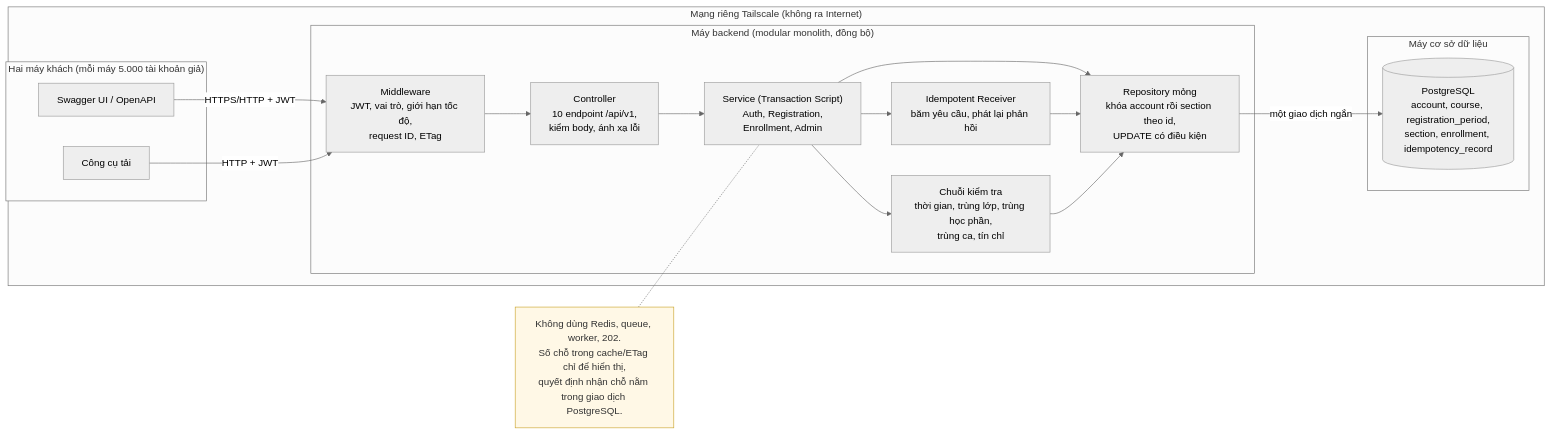
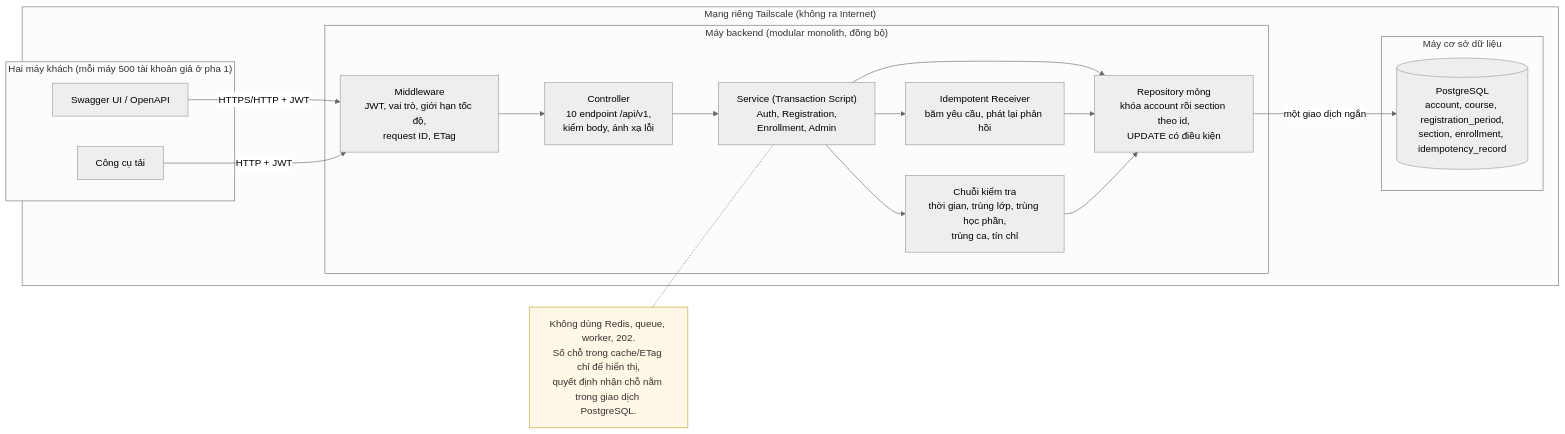
One commit to KidouNguyen25/VNU-dangkyhocphan-premium changed the diagram in docs/diagrams/kien-truc.mmd. Above: the diagram before and after it, drawn with Mermaid (neutral theme). The commit also changed 5 other files, not shown here.

```diff
--- a/docs/diagrams/kien-truc.mmd
+++ b/docs/diagrams/kien-truc.mmd
@@ -1,34 +1,34 @@
 flowchart LR
     subgraph TS["Mạng riêng Tailscale (không ra Internet)"]
-        subgraph CL["Hai máy khách (mỗi máy 5.000 tài khoản giả)"]
+        subgraph CL["Hai máy khách (mỗi máy 500 tài khoản giả ở pha 1)"]
             SW["Swagger UI / OpenAPI"]
             LT["Công cụ tải"]
         end
 
         subgraph BE["Máy backend (modular monolith, đồng bộ)"]
             MW["Middleware<br/>JWT, vai trò, giới hạn tốc độ,<br/>request ID, ETag"]
             CT["Controller<br/>10 endpoint /api/v1,<br/>kiểm body, ánh xạ lỗi"]
             SV["Service (Transaction Script)<br/>Auth, Registration,<br/>Enrollment, Admin"]
             VL["Chuỗi kiểm tra<br/>thời gian, trùng lớp, trùng học phần,<br/>trùng ca, tín chỉ"]
             RP["Repository mỏng<br/>khóa account rồi section theo id,<br/>UPDATE có điều kiện"]
             ID["Idempotent Receiver<br/>băm yêu cầu, phát lại phản hồi"]
         end
 
         subgraph DBM["Máy cơ sở dữ liệu"]
             PG[("PostgreSQL<br/>account, course, registration_period,<br/>section, enrollment, idempotency_record")]
         end
     end
 
     SW -->|HTTPS/HTTP + JWT| MW
     LT -->|HTTP + JWT| MW
     MW --> CT --> SV
     SV --> VL
     SV --> ID
     SV --> RP
     ID --> RP
     VL --> RP
     RP -->|một giao dịch ngắn| PG
 
     classDef note fill:#fff8e6,stroke:#c9a227,color:#333
     N1["Không dùng Redis, queue, worker, 202.<br/>Số chỗ trong cache/ETag chỉ để hiển thị,<br/>quyết định nhận chỗ nằm trong giao dịch PostgreSQL."]:::note
     N1 -.- SV
```
